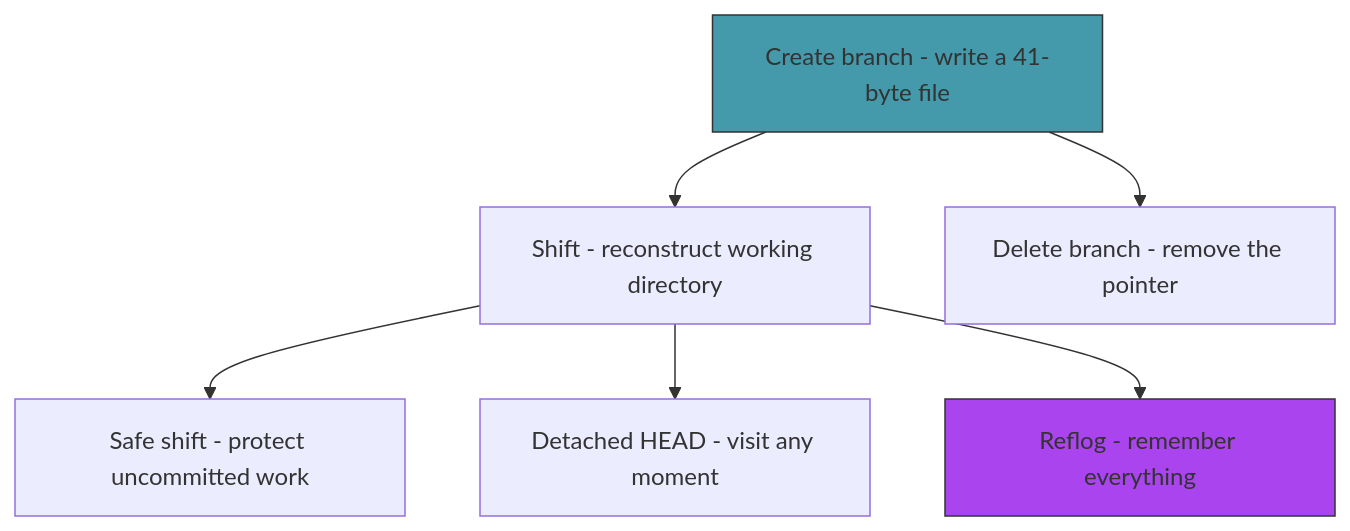
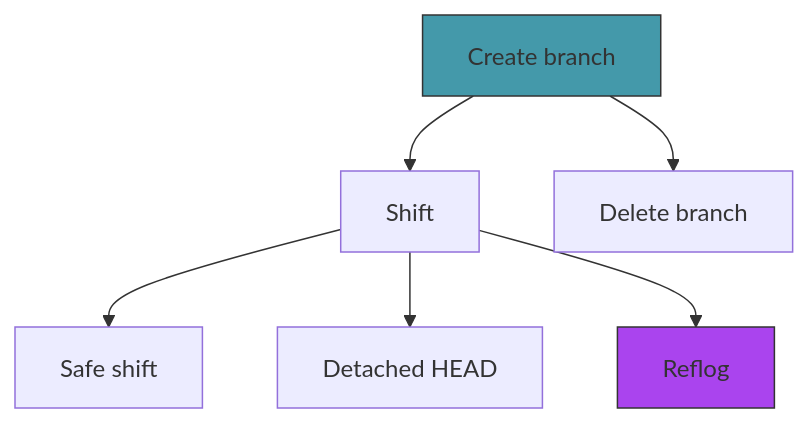
Before and after one commit to Jaleel-VS/portfolio: the second of 2 diagrams in content/courses/chronolock/Act 3 - The Branches.md, drawn with Mermaid. The commit also changed other lines of this file and 21 other files, not shown here.

````diff
--- a/content/courses/chronolock/Act 3 - The Branches.md
+++ b/content/courses/chronolock/Act 3 - The Branches.md
@@ -891,15 +866,10 @@
 ```mermaid
 flowchart TD
-    CR["Create branch - write a 41-byte file"]
-    SH["Shift - reconstruct working directory"]
-    SF["Safe shift - protect uncommitted work"]
-    DT["Detached HEAD - visit any moment"]
-    DL["Delete branch - remove the pointer"]
-    RL["Reflog - remember everything"]
-    CR --> SH --> SF
-    SH --> DT
-    CR --> DL
-    SH --> RL
+    CR["Create branch"] --> SH["Shift"]
+    SH --> SF["Safe shift"]
+    SH --> DT["Detached HEAD"]
+    CR --> DL["Delete branch"]
+    SH --> RL["Reflog"]
     style CR fill:#49a,stroke:#333
     style RL fill:#a4e,stroke:#333
 ```
````
